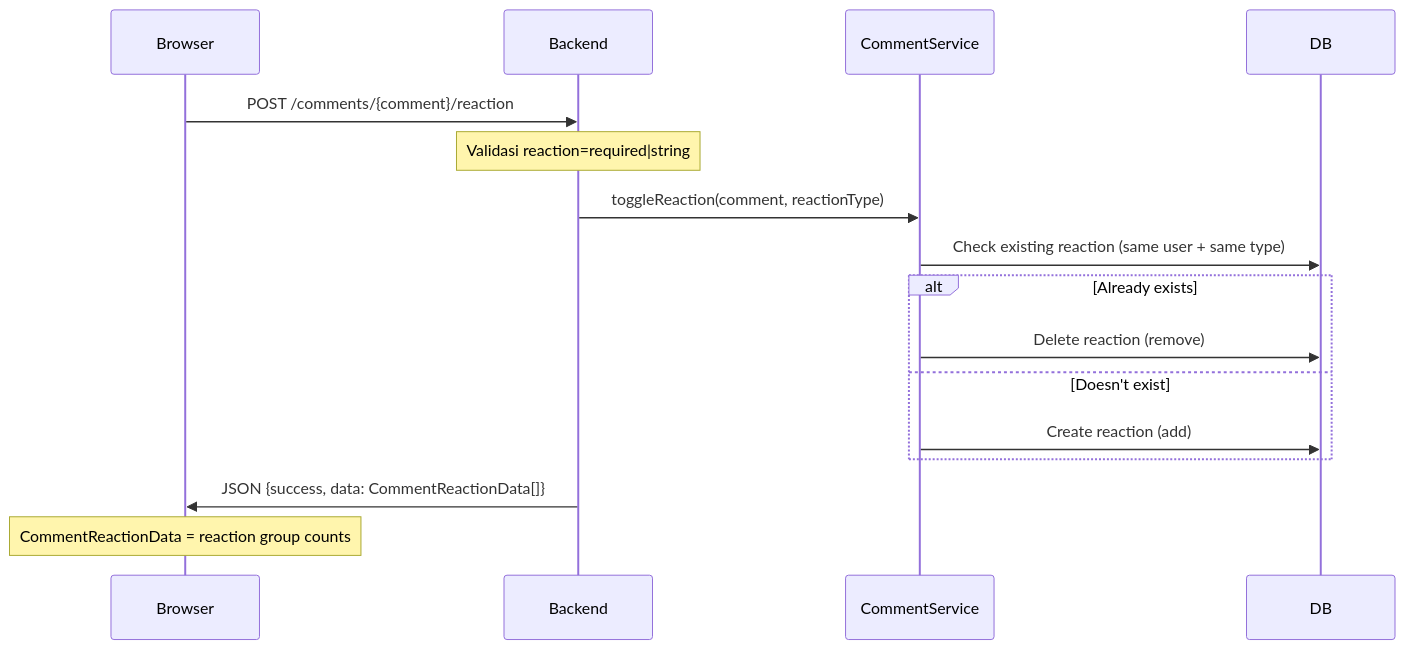
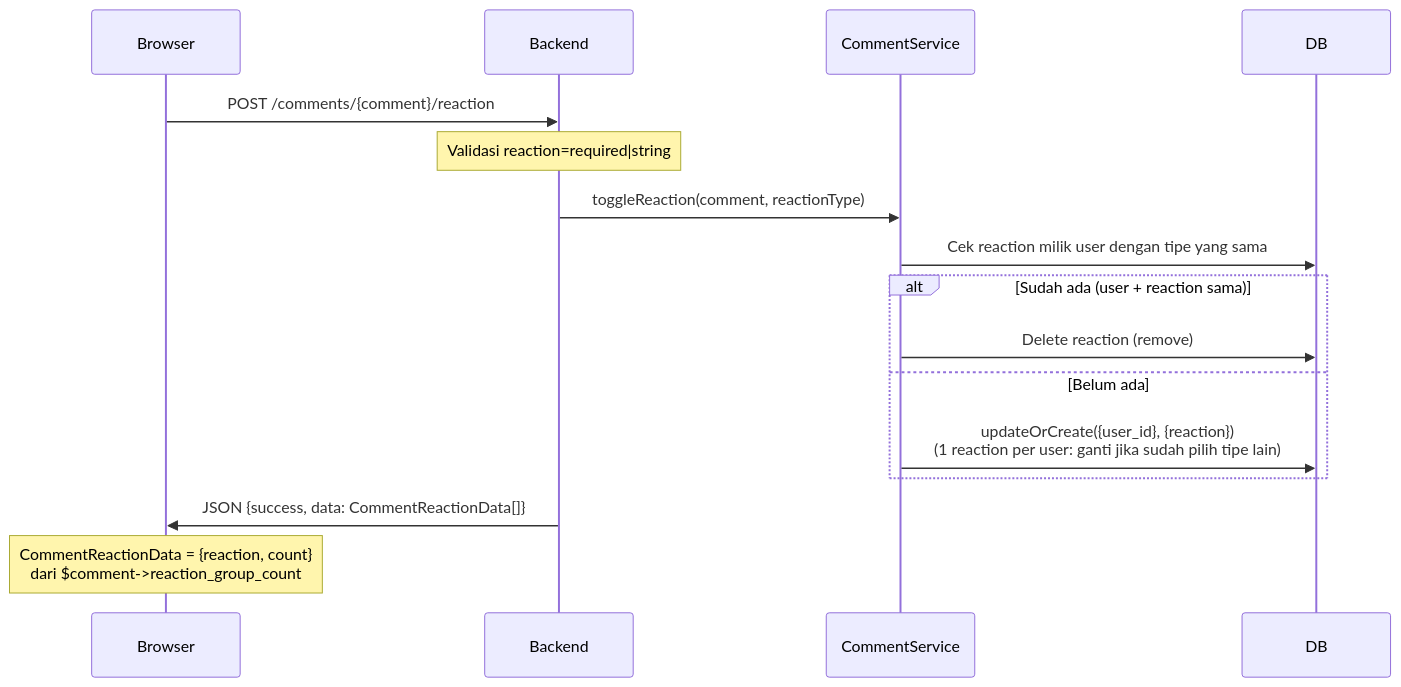
The fourth of 4 diagrams in docs/comment/management.md (priamitra273/laptoplain), drawn with Mermaid before and after one commit. The commit also changed 14 other files, not shown here.

````diff
--- a/docs/comment/management.md
+++ b/docs/comment/management.md
@@ -54,15 +54,15 @@
 ```mermaid
 sequenceDiagram
     Browser->>Backend: POST /comments/{comment}/reaction
     Note over Backend: Validasi reaction=required|string
 
     Backend->>CommentService: toggleReaction(comment, reactionType)
-    CommentService->>DB: Check existing reaction (same user + same type)
-    alt Already exists
+    CommentService->>DB: Cek reaction milik user dengan tipe yang sama
+    alt Sudah ada (user + reaction sama)
         CommentService->>DB: Delete reaction (remove)
-    else Doesn't exist
-        CommentService->>DB: Create reaction (add)
+    else Belum ada
+        CommentService->>DB: updateOrCreate({user_id}, {reaction})<br/>(1 reaction per user: ganti jika sudah pilih tipe lain)
     end
     Backend->>Browser: JSON {success, data: CommentReactionData[]}
-    Note over Browser: CommentReactionData = reaction group counts
+    Note over Browser: CommentReactionData = {reaction, count}<br/>dari $comment->reaction_group_count
 ```
````
